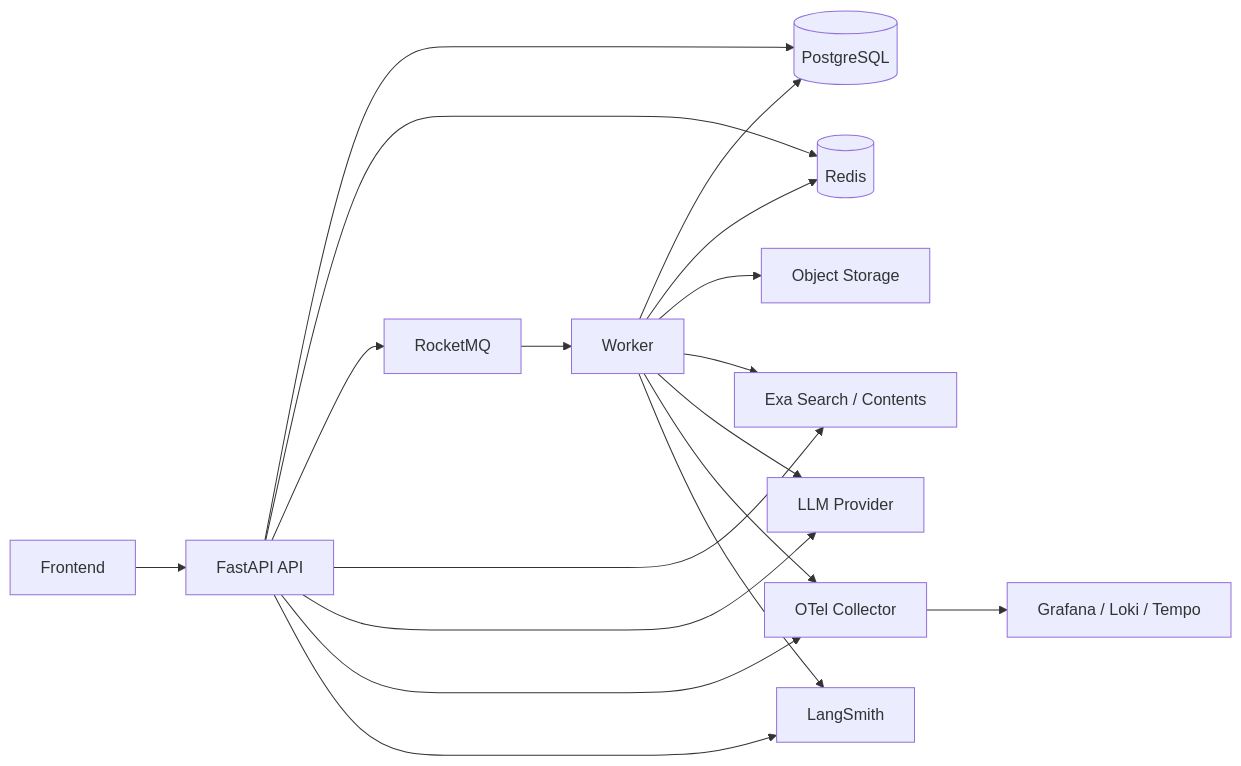
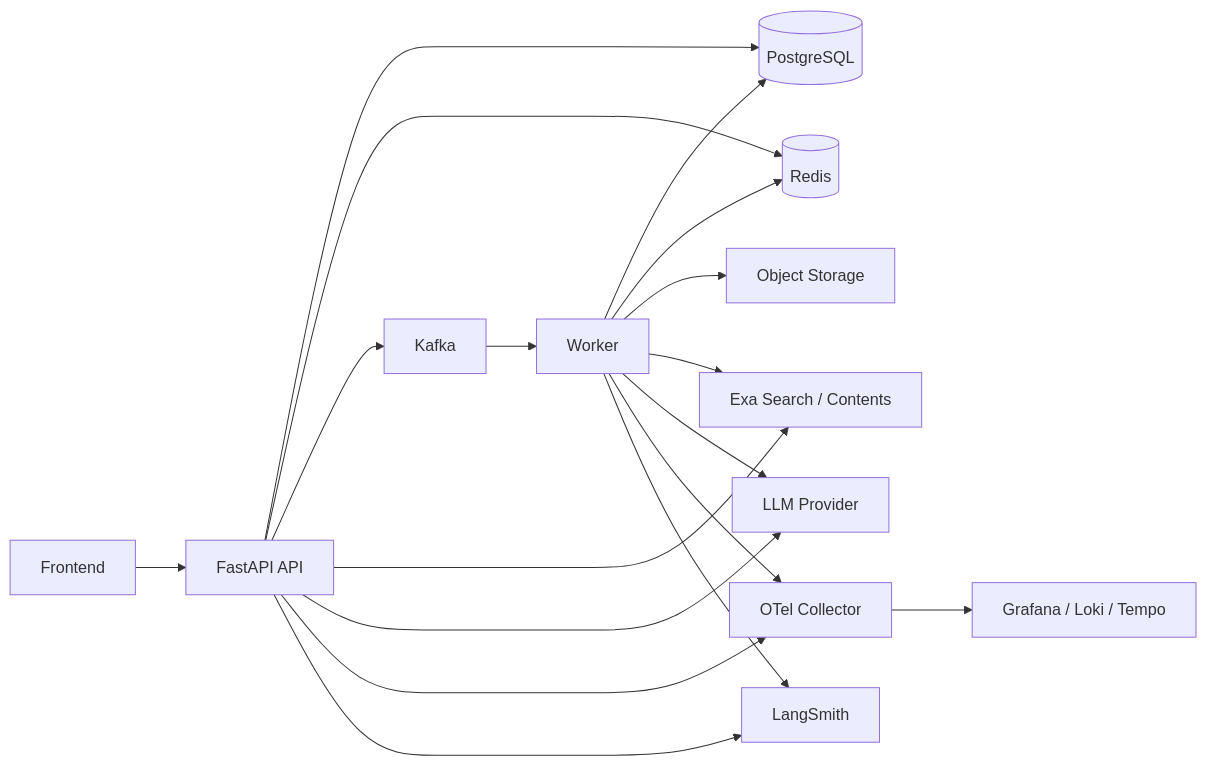
One commit to jiyue333/notebooklm changed the first of 7 diagrams in backend/plan.md. Above: the diagram before and after it, drawn with Mermaid. The commit also changed other lines of this file and 34 other files, not shown here.

````diff
--- a/backend/plan.md
+++ b/backend/plan.md
@@ -47,22 +47,22 @@
 ```mermaid
 flowchart LR
   FE[Frontend] --> API[FastAPI API]
   API --> PG[(PostgreSQL)]
   API --> REDIS[(Redis)]
-  API --> MQ[RocketMQ]
+  API --> MQ[Kafka]
   API --> EXA[Exa Search / Contents]
   API --> LLM[LLM Provider]
 
   MQ --> WORKER[Worker]
   WORKER --> PG
   WORKER --> REDIS
   WORKER --> S3[Object Storage]
   WORKER --> EXA
   WORKER --> LLM
 
   API --> OTEL[OTel Collector]
   WORKER --> OTEL
   OTEL --> GRAFANA[Grafana / Loki / Tempo]
   API --> LANGSMITH[LangSmith]
   WORKER --> LANGSMITH
 ```
````
